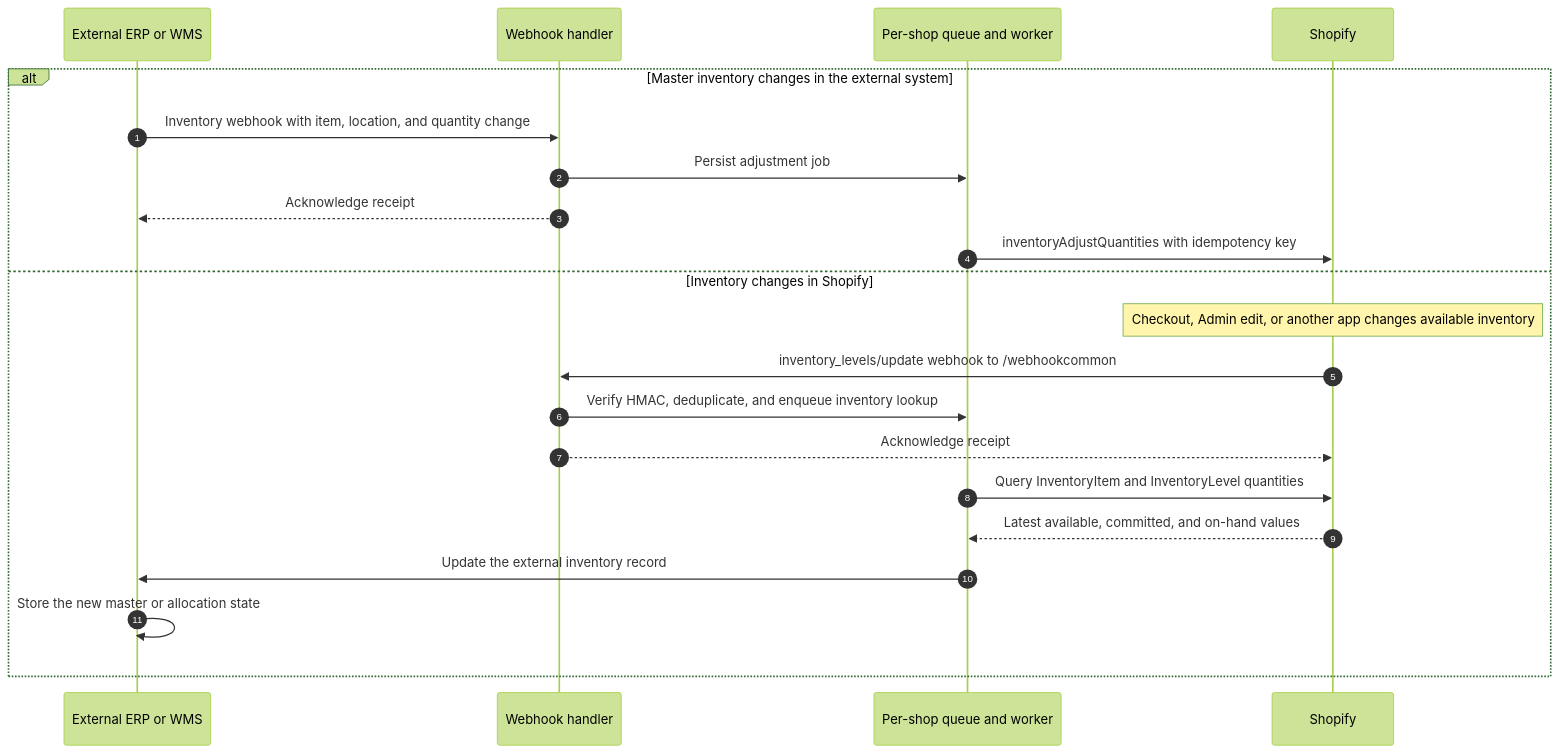
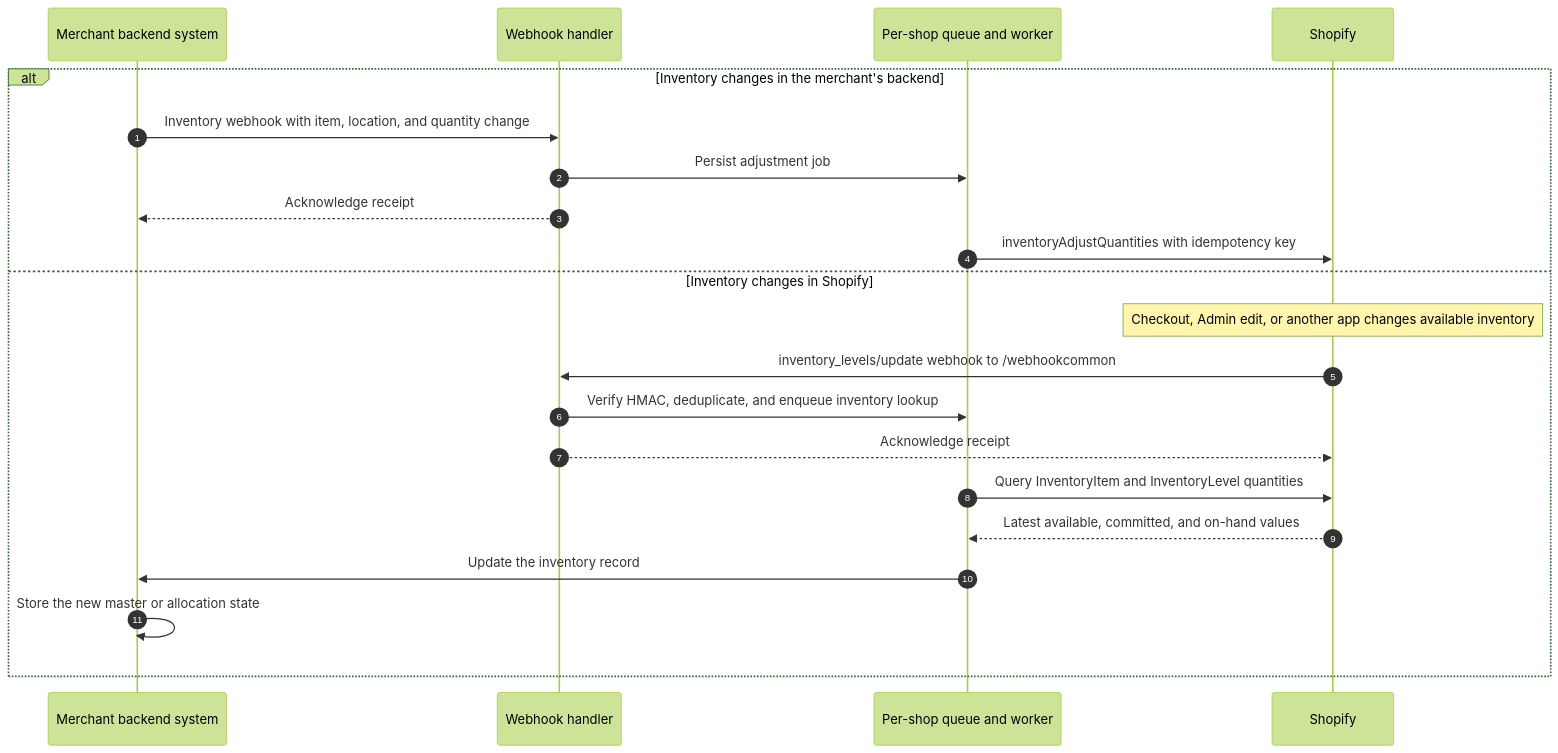
One commit to benzookapi/shopify-barebone-app-sample changed the third of 4 diagrams in docs/13-ordermanage.md. Above: the diagram before and after it, drawn with Mermaid (forest theme). The commit also changed other lines of this file and 1 other file, not shown here.

Commit message:
Describe integrations with merchant backend systems

````diff
--- a/docs/13-ordermanage.md
+++ b/docs/13-ordermanage.md
@@ -72,24 +74,24 @@
 ```mermaid
 sequenceDiagram
     autonumber
-    participant ERP as External ERP or WMS
+    participant Backend as Merchant backend system
     participant App as Webhook handler
     participant Jobs as Per-shop queue and worker
     participant Shopify as Shopify
 
-    alt Master inventory changes in the external system
-        ERP->>App: Inventory webhook with item, location, and quantity change
+    alt Inventory changes in the merchant's backend
+        Backend->>App: Inventory webhook with item, location, and quantity change
         App->>Jobs: Persist adjustment job
-        App-->>ERP: Acknowledge receipt
+        App-->>Backend: Acknowledge receipt
         Jobs->>Shopify: inventoryAdjustQuantities with idempotency key
     else Inventory changes in Shopify
         Note over Shopify: Checkout, Admin edit, or another app changes available inventory
         Shopify->>App: inventory_levels/update webhook to /webhookcommon
         App->>Jobs: Verify HMAC, deduplicate, and enqueue inventory lookup
         App-->>Shopify: Acknowledge receipt
         Jobs->>Shopify: Query InventoryItem and InventoryLevel quantities
         Shopify-->>Jobs: Latest available, committed, and on-hand values
-        Jobs->>ERP: Update the external inventory record
-        ERP->>ERP: Store the new master or allocation state
+        Jobs->>Backend: Update the inventory record
+        Backend->>Backend: Store the new master or allocation state
     end
 ```
````
